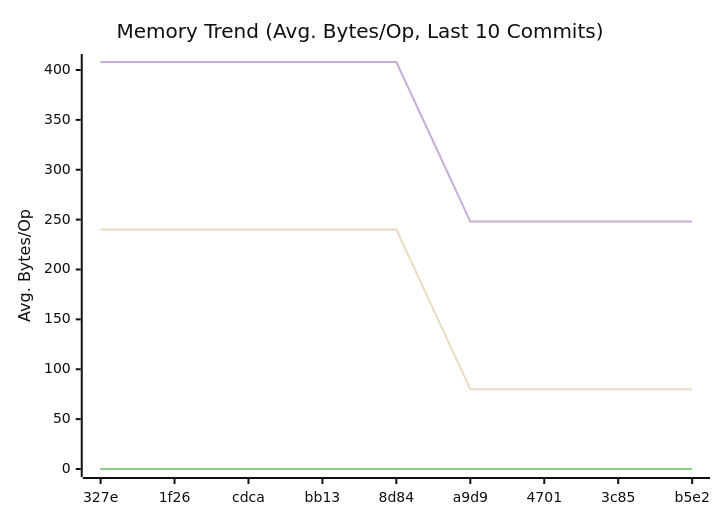
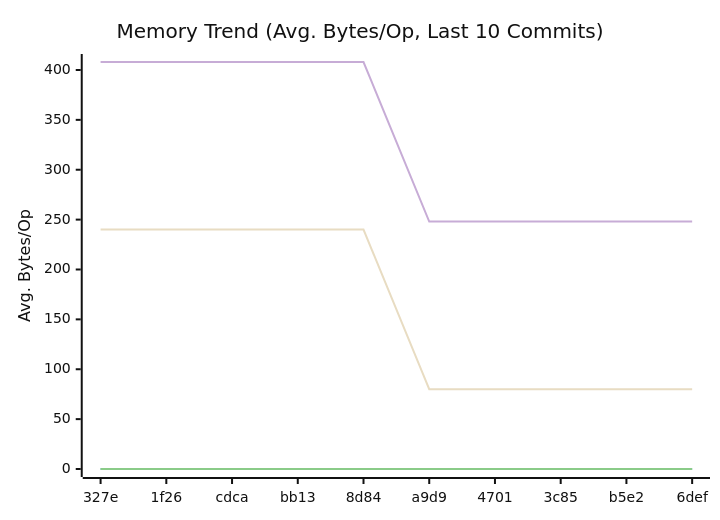
Before and after one commit to alsotoes/momo: the second of 3 diagrams in doc/README.md, drawn with Mermaid (neutral theme). The commit also changed other lines of this file and 1 other file, not shown here.

````diff
--- a/doc/README.md
+++ b/doc/README.md
@@ -303,12 +303,12 @@
 ```mermaid
 xychart-beta
     title "Memory Trend (Avg. Bytes/Op, Last 10 Commits)"
     x-axis "Commit"
     y-axis "Avg. Bytes/Op"
-    x-axis [327e,1f26,cdca,bb13,8d84,a9d9,4701,3c85,b5e2]
+    x-axis [327e,1f26,cdca,bb13,8d84,a9d9,4701,3c85,b5e2,6def]
     line "CheckMetricsAndSwap" [0,0,0,0,0,0,0,0,0,0]
     line "IndexDirectTracking" [0,0,0,0,0,0,0,0,0,0]
     line "IndexSearch" [0,0,0,0,0,0,0,0,0,0]
-    line "ParseReplicationOrder_NoPrealloc" [408,408,408,408,408,248,248,248,248]
-    line "ParseReplicationOrder_Prealloc" [240,240,240,240,240,80,80,80,80]
+    line "ParseReplicationOrder_NoPrealloc" [408,408,408,408,408,248,248,248,248,248]
+    line "ParseReplicationOrder_Prealloc" [240,240,240,240,240,80,80,80,80,80]
 ```
````
